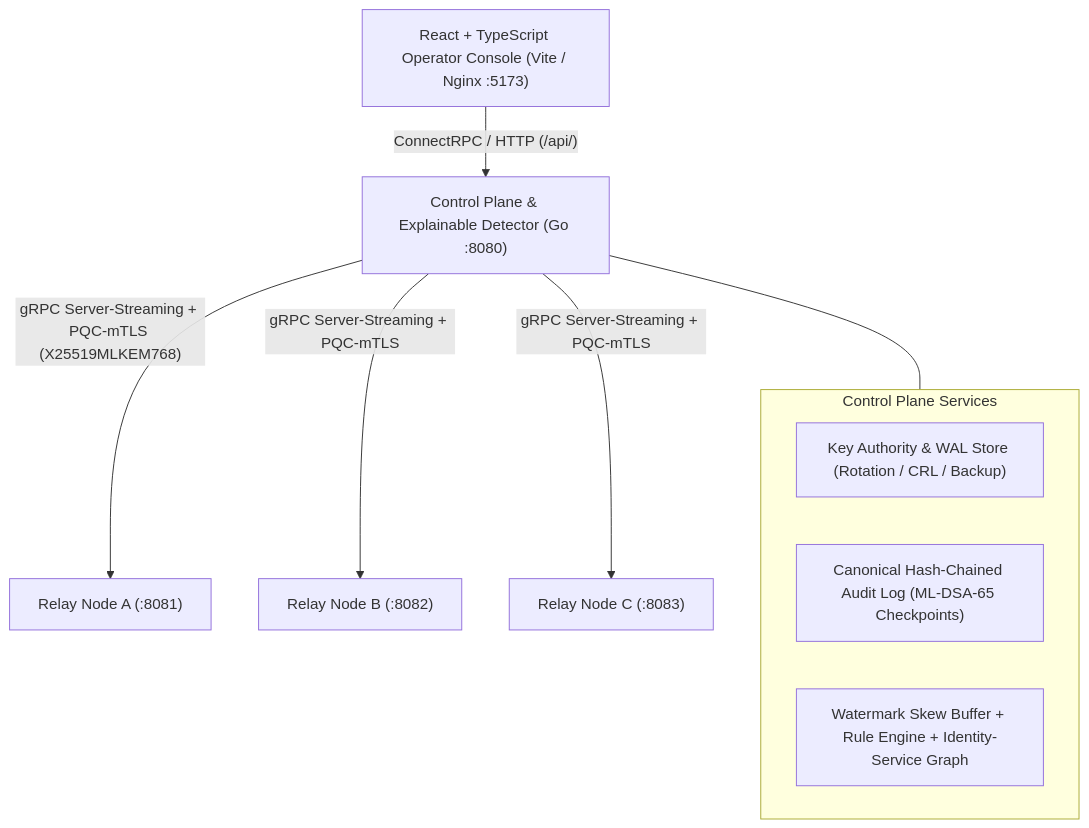
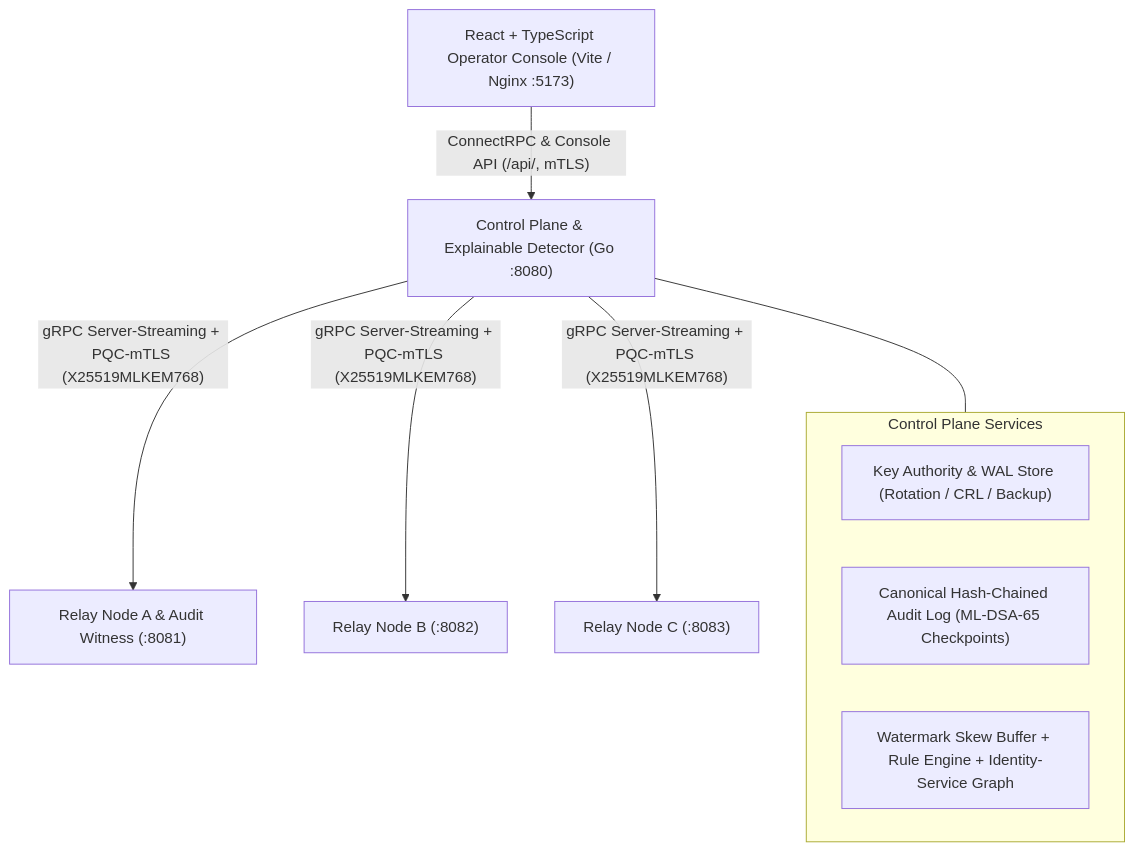
The diagram in README.md (dean-2/urGuard), drawn with Mermaid before and after one commit. The commit also changed other lines of this file, not shown here.

````diff
--- a/README.md
+++ b/README.md
@@ -11,13 +11,13 @@
 ```mermaid
 flowchart TB
-  UI["React + TypeScript Operator Console (Vite / Nginx :5173)"] -->|"ConnectRPC / HTTP (/api/)"| CP["Control Plane & Explainable Detector (Go :8080)"]
+  UI["React + TypeScript Operator Console (Vite / Nginx :5173)"] -->|"ConnectRPC & Console API (/api/, mTLS)"| CP["Control Plane & Explainable Detector (Go :8080)"]
   subgraph ControlPlane["Control Plane Services"]
     KA["Key Authority & WAL Store (Rotation / CRL / Backup)"]
     AL["Canonical Hash-Chained Audit Log (ML-DSA-65 Checkpoints)"]
     DET["Watermark Skew Buffer + Rule Engine + Identity-Service Graph"]
   end
   CP --- ControlPlane
-  CP -->|"gRPC Server-Streaming + PQC-mTLS (X25519MLKEM768)"| NA["Relay Node A (:8081)"]
-  CP -->|"gRPC Server-Streaming + PQC-mTLS"| NB["Relay Node B (:8082)"]
-  CP -->|"gRPC Server-Streaming + PQC-mTLS"| NC["Relay Node C (:8083)"]
+  CP -->|"gRPC Server-Streaming + PQC-mTLS (X25519MLKEM768)"| NA["Relay Node A & Audit Witness (:8081)"]
+  CP -->|"gRPC Server-Streaming + PQC-mTLS (X25519MLKEM768)"| NB["Relay Node B (:8082)"]
+  CP -->|"gRPC Server-Streaming + PQC-mTLS (X25519MLKEM768)"| NC["Relay Node C (:8083)"]
 ```
````
